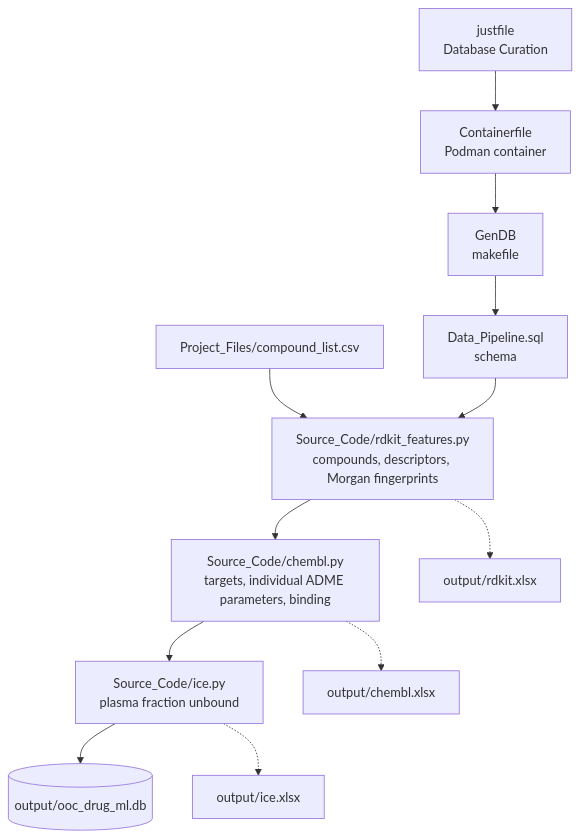
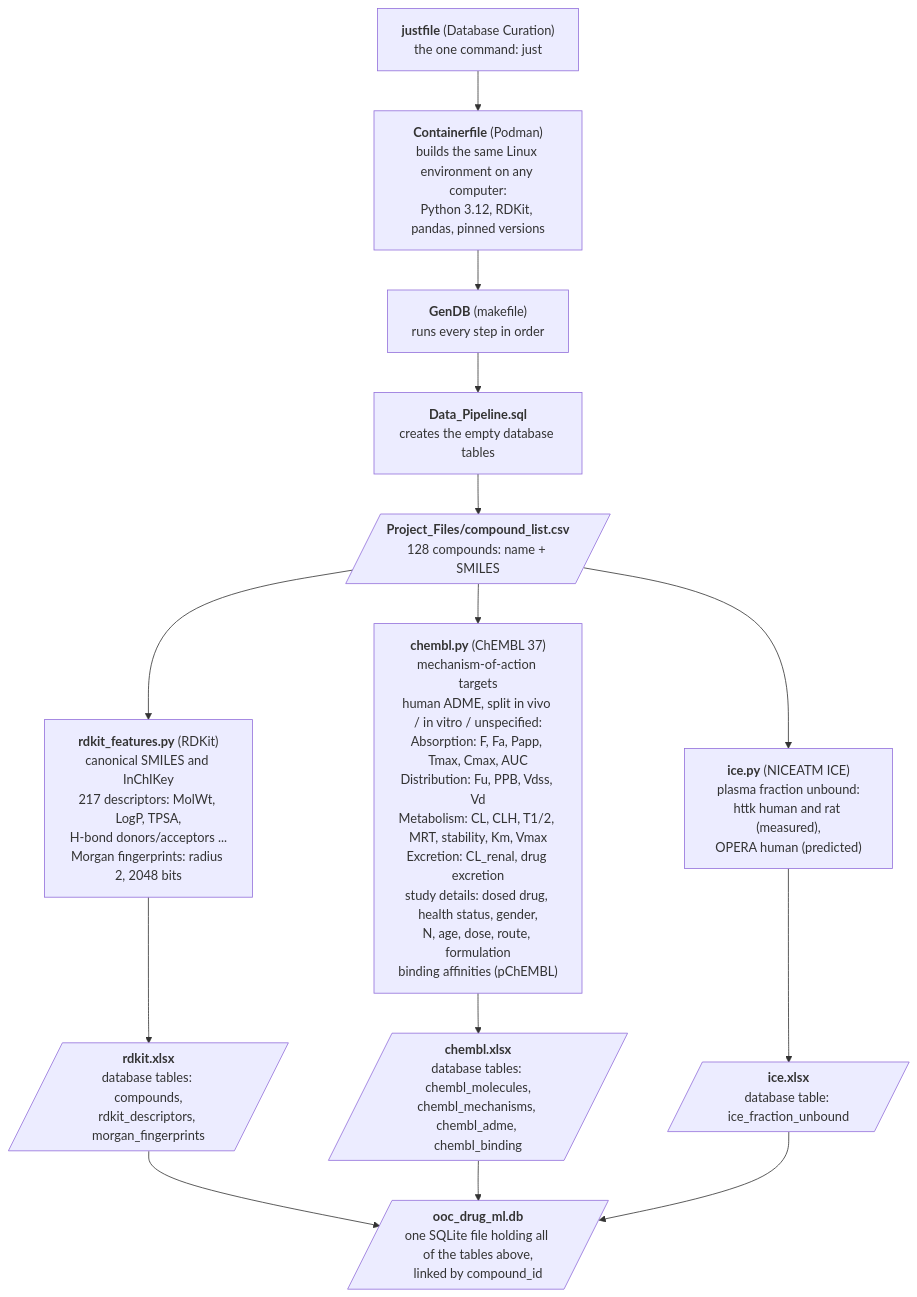
Before and after one commit to zunigajw/Bioanalysis-OoC-rIVIVE-ML: the diagram in README.md, drawn with Mermaid. The commit also changed other lines of this file and 3 other files, not shown here.

Commit message:
Study details per ADME value (dosed drug, health status, gender, N, age, dose, route...); descriptive pipeline diagram and stage names

````diff
--- a/README.md
+++ b/README.md
@@ -14,14 +14,24 @@
 ```mermaid
 flowchart TD
-    J["justfile<br/>Database Curation"] --> C["Containerfile<br/>Podman container"]
-    C --> G["GenDB<br/>makefile"]
-    G --> S["Data_Pipeline.sql<br/>schema"]
-    P["Project_Files/compound_list.csv"] --> R
-    S --> R["Source_Code/rdkit_features.py<br/>compounds, descriptors, Morgan fingerprints"]
-    R --> M["Source_Code/chembl.py<br/>targets, individual ADME parameters, binding"]
-    M --> I["Source_Code/ice.py<br/>plasma fraction unbound"]
-    I --> D[("output/ooc_drug_ml.db")]
-    R -.-> X1["output/rdkit.xlsx"]
-    M -.-> X2["output/chembl.xlsx"]
-    I -.-> X3["output/ice.xlsx"]
+    J["<b>justfile</b> (Database Curation)<br/>the one command: just"]
+    C["<b>Containerfile</b> (Podman)<br/>builds the same Linux environment on any computer:<br/>Python 3.12, RDKit, pandas, pinned versions"]
+    G["<b>GenDB</b> (makefile)<br/>runs every step in order"]
+    S["<b>Data_Pipeline.sql</b><br/>creates the empty database tables"]
+    P[/"<b>Project_Files/compound_list.csv</b><br/>128 compounds: name + SMILES"/]
+
+    R["<b>rdkit_features.py</b> (RDKit)<br/>canonical SMILES and InChIKey<br/>217 descriptors: MolWt, LogP, TPSA,<br/>H-bond donors/acceptors ...<br/>Morgan fingerprints: radius 2, 2048 bits"]
+    M["<b>chembl.py</b> (ChEMBL 37)<br/>mechanism-of-action targets<br/>human ADME, split in vivo / in vitro / unspecified:<br/>Absorption: F, Fa, Papp, Tmax, Cmax, AUC<br/>Distribution: Fu, PPB, Vdss, Vd<br/>Metabolism: CL, CLH, T1/2, MRT, stability, Km, Vmax<br/>Excretion: CL_renal, drug excretion<br/>study details: dosed drug, health status, gender,<br/>N, age, dose, route, formulation<br/>binding affinities (pChEMBL)"]
+    I["<b>ice.py</b> (NICEATM ICE)<br/>plasma fraction unbound:<br/>httk human and rat (measured),<br/>OPERA human (predicted)"]
+
+    XR[/"<b>rdkit.xlsx</b><br/>database tables: compounds,<br/>rdkit_descriptors, morgan_fingerprints"/]
+    XM[/"<b>chembl.xlsx</b><br/>database tables: chembl_molecules,<br/>chembl_mechanisms, chembl_adme, chembl_binding"/]
+    XI[/"<b>ice.xlsx</b><br/>database table: ice_fraction_unbound"/]
+    D[/"<b>ooc_drug_ml.db</b><br/>one SQLite file holding all of the tables above,<br/>linked by compound_id"/]
+
+    J --> C --> G --> S --> P
+    P --> R & M & I
+    R --> XR
+    M --> XM
+    I --> XI
+    XR & XM & XI --> D
 ```
````
